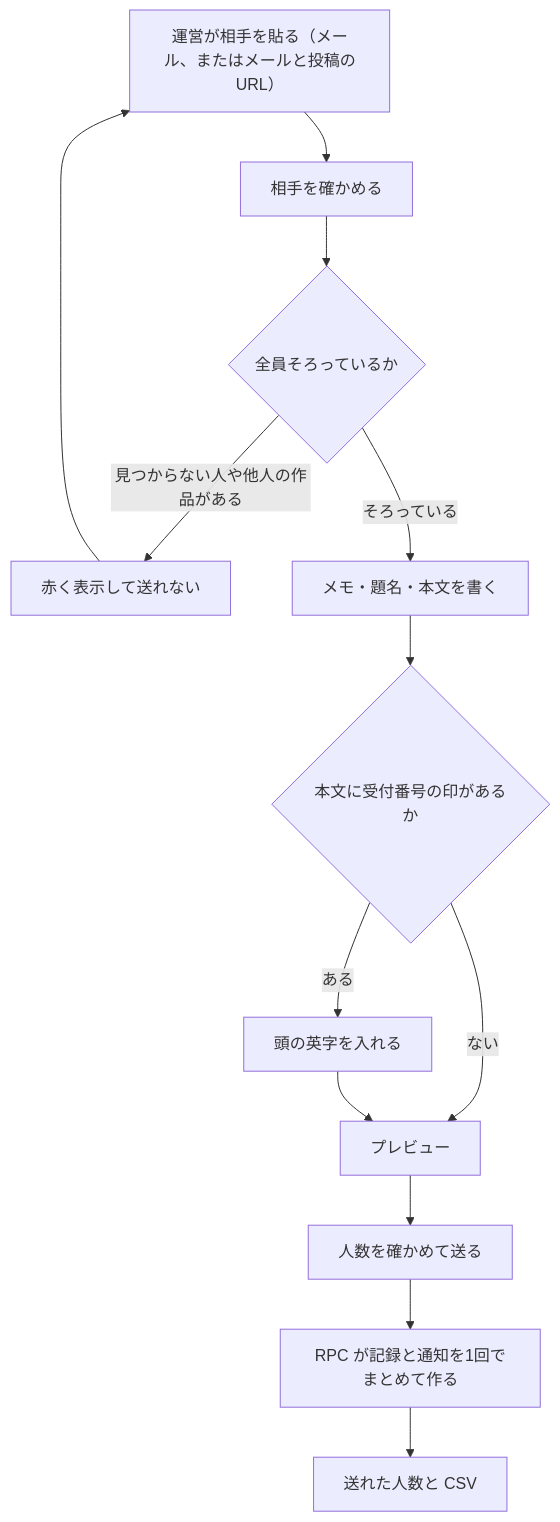
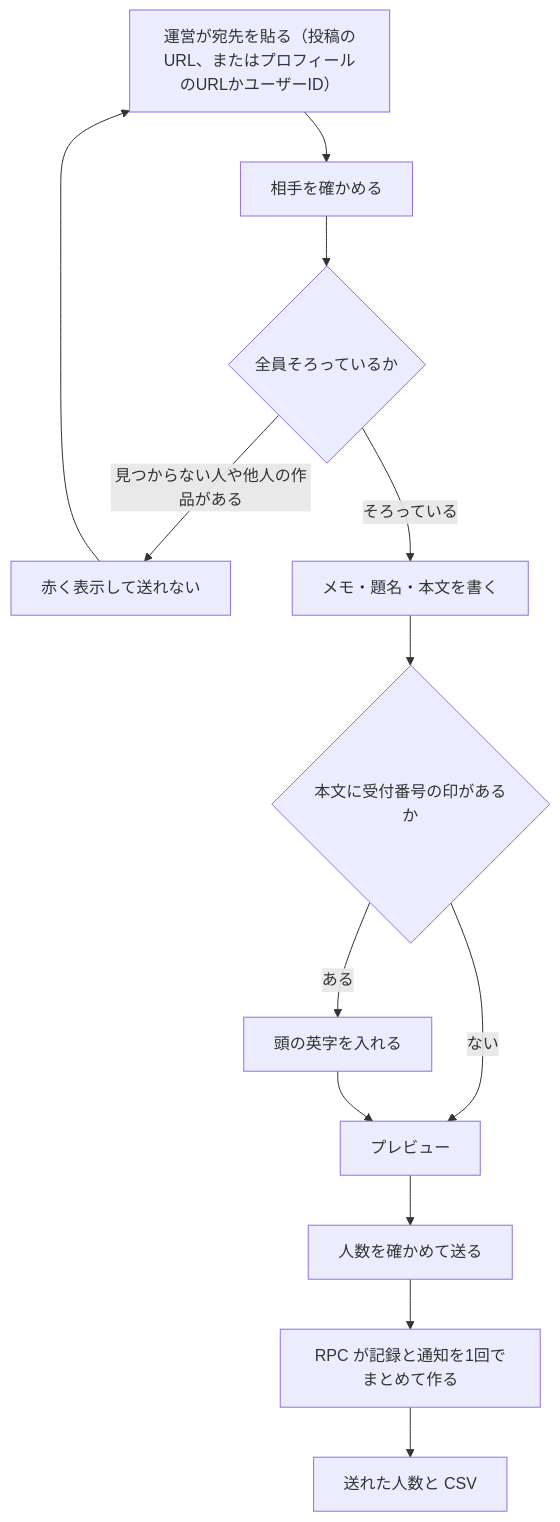
One commit to 3balljugglerYu/ai_coordinate changed the first of 5 diagrams in docs/planning/personal-notices-implementation-plan.md. Above: the diagram before and after it, drawn with Mermaid. The commit also changed other lines of this file, not shown here.

````diff
--- a/docs/planning/personal-notices-implementation-plan.md
+++ b/docs/planning/personal-notices-implementation-plan.md
@@ -71,15 +72,15 @@
 ```mermaid
 flowchart TD
-    A["運営が相手を貼る（メール、またはメールと投稿のURL）"] --> B["相手を確かめる"]
+    A["運営が宛先を貼る（投稿のURL、またはプロフィールのURLかユーザーID）"] --> B["相手を確かめる"]
     B --> C{"全員そろっているか"}
     C -->|見つからない人や他人の作品がある| D["赤く表示して送れない"]
     D --> A
     C -->|そろっている| E["メモ・題名・本文を書く"]
     E --> F{"本文に受付番号の印があるか"}
     F -->|ある| G["頭の英字を入れる"]
     F -->|ない| H["プレビュー"]
     G --> H
     H --> I["人数を確かめて送る"]
     I --> J["RPC が記録と通知を1回でまとめて作る"]
     J --> K["送れた人数と CSV"]
 ```
````
